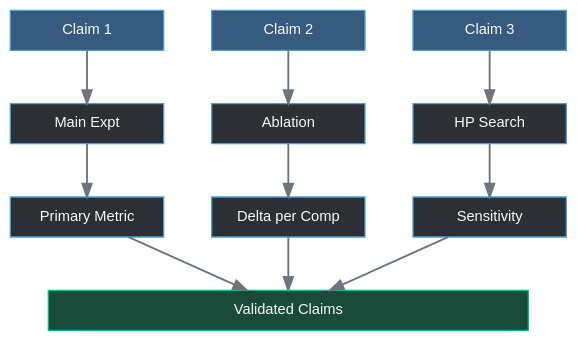
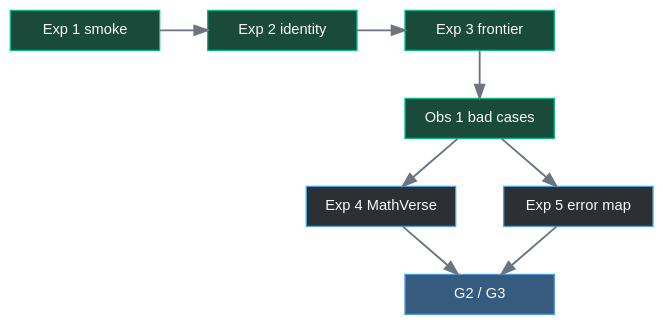
Before and after one commit to HongyuCao3/dmllm-refresh-frontier: the diagram in docs/experiments/overview.qmd, drawn with Graphviz. The commit also changed other lines of this file and 24 other files, not shown here.

First line of the commit message:
Docs: record and analyse Phase 0-1 (Exp 1-3, Obs 1), claims C1-C5, user decisions of 2026-10-29

````diff
--- a/docs/experiments/overview.qmd
+++ b/docs/experiments/overview.qmd
@@ -19,42 +23,25 @@
 ```{dot}
-//| label: fig-exp-design
-//| fig-cap: "Validation strategy: claims → experiments → metrics → confirmed claims"
+//| label: fig-exp-chain
+//| fig-cap: "Reference first, then bad cases, then the error map that decides G2"
 //| fig-width: 7
-//| fig-height: 3.5
+//| fig-height: 3.2
 digraph G {
   bgcolor="transparent"
   rankdir=TB
-  graph [ranksep=0.55, nodesep=0.5]
+  graph [ranksep=0.5, nodesep=0.5]
   node [style=filled, fillcolor="#2c3035", color="#4a9eda",
         fontcolor="#f8f9fa", fontname="Arial", fontsize=11,
-        shape=box, width=1.6, height=0.42]
+        shape=box, width=1.55, height=0.42]
   edge [color="#6c757d", penwidth=1.4]
-
-  subgraph row1 {
-    rank=same
-    C1 [label="Claim 1", fillcolor="#375a7f"]
-    C2 [label="Claim 2", fillcolor="#375a7f"]
-    C3 [label="Claim 3", fillcolor="#375a7f"]
-  }
-  subgraph row2 {
-    rank=same
-    Main [label="Main Expt"]
-    Abl  [label="Ablation"]
-    HP   [label="HP Search"]
-  }
-  subgraph row3 {
-    rank=same
-    M1 [label="Primary Metric"]
-    M2 [label="Delta per Comp"]
-    M3 [label="Sensitivity"]
-  }
-  subgraph row4 {
-    rank=same
-    Out [label="Validated Claims", fillcolor="#1a4a3a", color="#00bc8c", width=5.0]
-  }
-
-  C1 -> Main  C2 -> Abl  C3 -> HP
-  Main -> M1  Abl -> M2  HP -> M3
-  M1 -> Out  M2 -> Out  M3 -> Out
+  {rank=same; E1 [label="Exp 1 smoke", fillcolor="#1a4a3a", color="#00bc8c"]; E2 [label="Exp 2 identity", fillcolor="#1a4a3a", color="#00bc8c"]; E3 [label="Exp 3 frontier", fillcolor="#1a4a3a", color="#00bc8c"]}
+  O1 [label="Obs 1 bad cases", fillcolor="#1a4a3a", color="#00bc8c"]
+  {rank=same; E4 [label="Exp 4 MathVerse"]; E5 [label="Exp 5 error map"]}
+  G [label="G2 / G3", fillcolor="#375a7f"]
+  E1 -> E2 -> E3
+  E3 -> O1
+  O1 -> E4
+  O1 -> E5
+  E4 -> G
+  E5 -> G
 }
 ```
````
